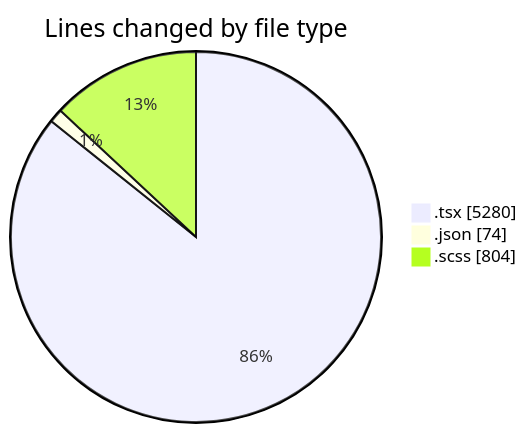
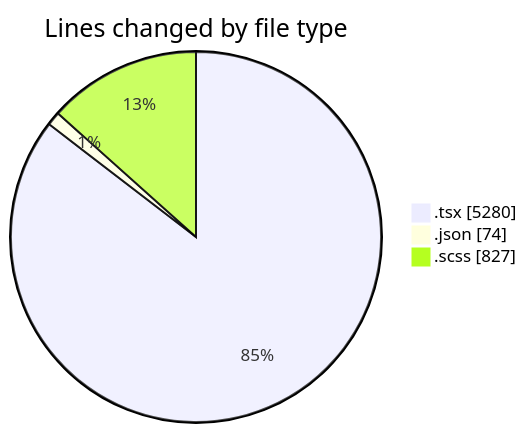
Before and after one commit to momahboobian/code-tracking: the first of 2 diagrams in 2025-04-08/cda/README.md, drawn with Mermaid. The commit also changed other lines of this file and 1 other file, not shown here.

````diff
--- a/2025-04-08/cda/README.md
+++ b/2025-04-08/cda/README.md
@@ -36,7 +36,7 @@
 ```mermaid
 pie showData
 title Lines changed by file type
 ".tsx" : 5280
 ".json" : 74
-".scss" : 804
+".scss" : 827
 ```
````
